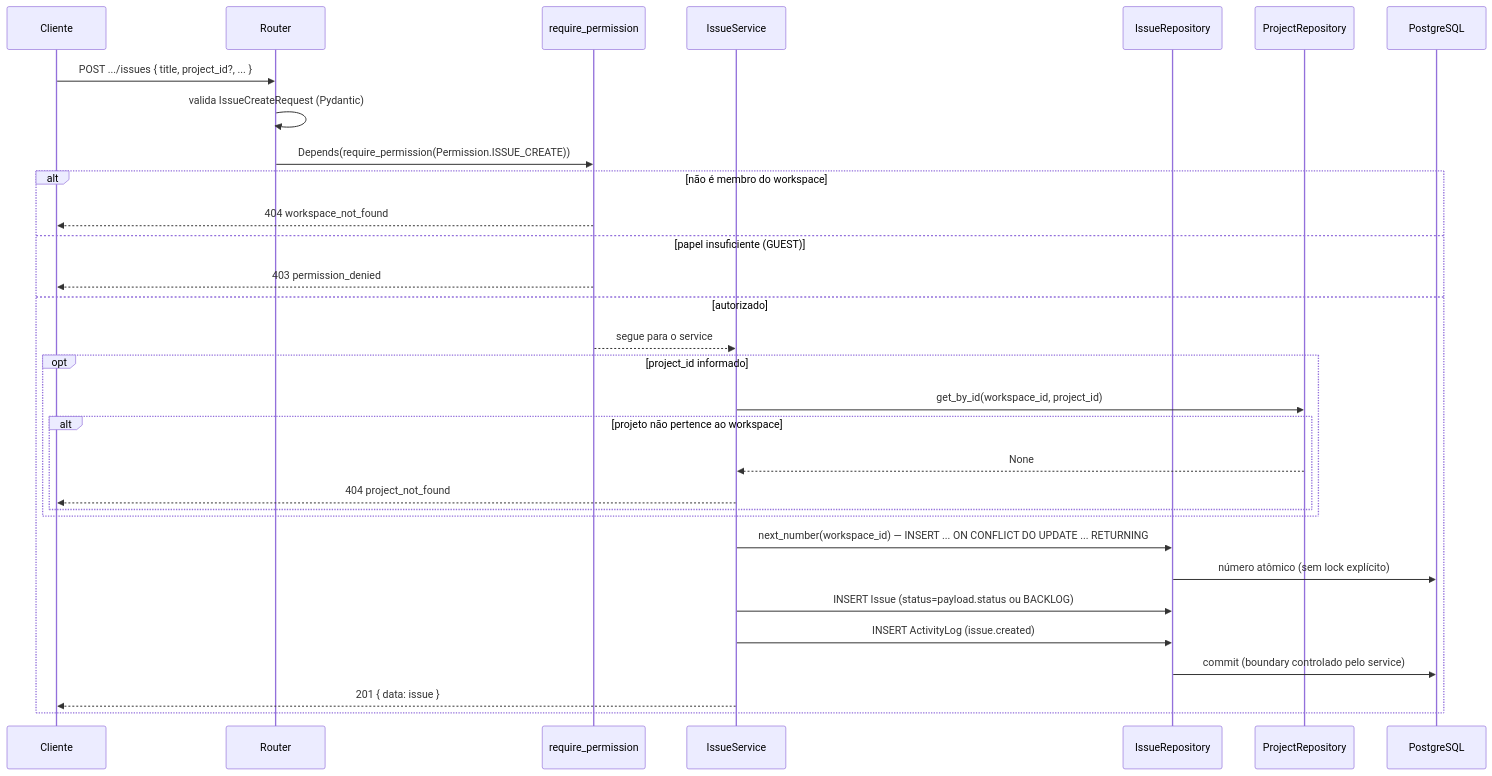
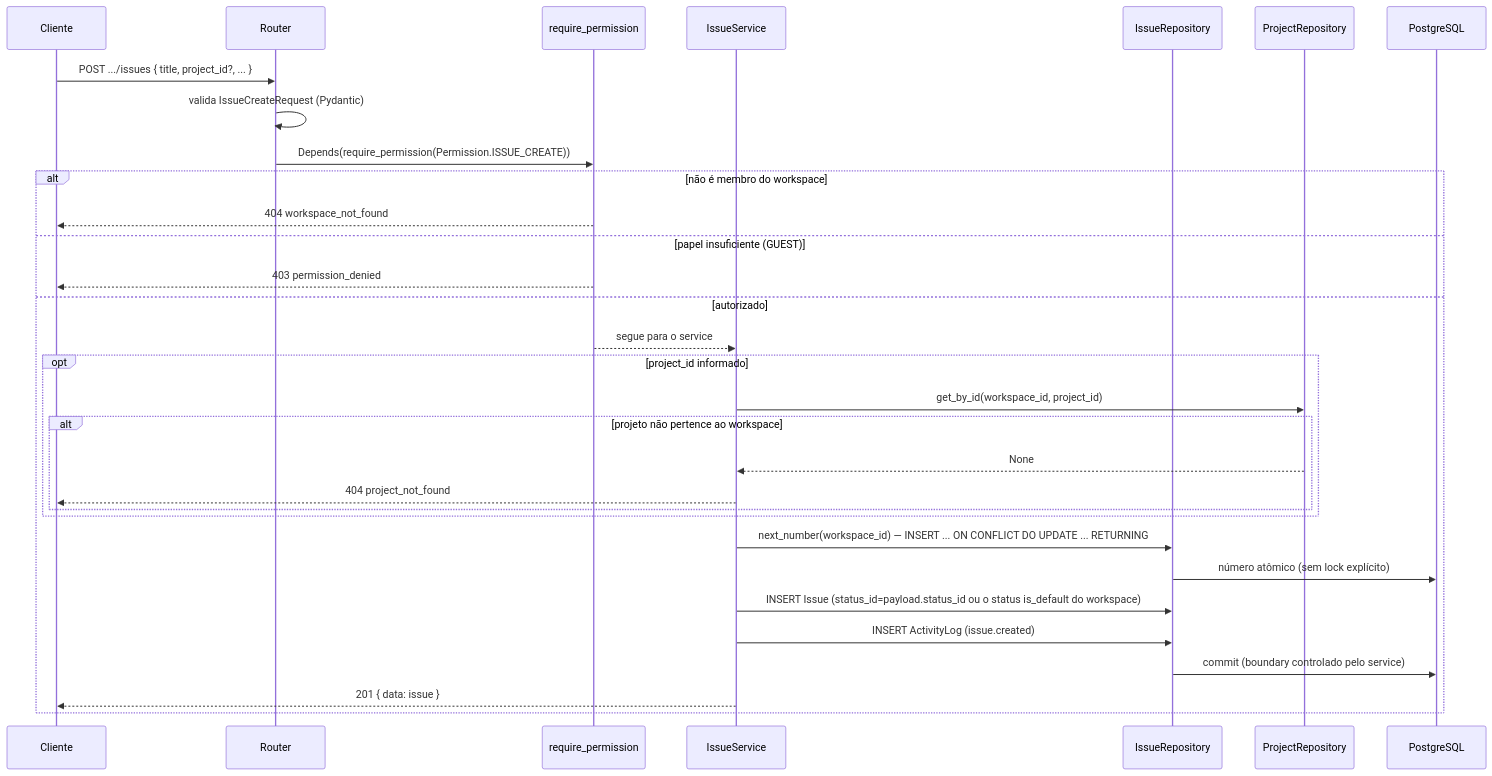
The first of 4 diagrams in docs/04-api-design.md (eduardoaholmer/flowdesk), drawn with Mermaid before and after one commit. The commit also changed other lines of this file and 47 other files, not shown here.

First line of the commit message:
feat(issues): status de issue vira dado customizável por workspace (backend)

````diff
--- a/docs/04-api-design.md
+++ b/docs/04-api-design.md
@@ -175,34 +177,34 @@
 ```mermaid
 sequenceDiagram
     participant C as Cliente
     participant R as Router
     participant Dep as require_permission
     participant S as IssueService
     participant IssueRepo as IssueRepository
     participant ProjectRepo as ProjectRepository
     participant DB as PostgreSQL
 
     C->>R: POST .../issues { title, project_id?, ... }
     R->>R: valida IssueCreateRequest (Pydantic)
     R->>Dep: Depends(require_permission(Permission.ISSUE_CREATE))
     alt não é membro do workspace
         Dep-->>C: 404 workspace_not_found
     else papel insuficiente (GUEST)
         Dep-->>C: 403 permission_denied
     else autorizado
         Dep-->>S: segue para o service
         opt project_id informado
             S->>ProjectRepo: get_by_id(workspace_id, project_id)
             alt projeto não pertence ao workspace
                 ProjectRepo-->>S: None
                 S-->>C: 404 project_not_found
             end
         end
         S->>IssueRepo: next_number(workspace_id) — INSERT ... ON CONFLICT DO UPDATE ... RETURNING
         IssueRepo->>DB: número atômico (sem lock explícito)
-        S->>IssueRepo: INSERT Issue (status=payload.status ou BACKLOG)
+        S->>IssueRepo: INSERT Issue (status_id=payload.status_id ou o status is_default do workspace)
         S->>IssueRepo: INSERT ActivityLog (issue.created)
         IssueRepo->>DB: commit (boundary controlado pelo service)
         S-->>C: 201 { data: issue }
     end
 ```
````
